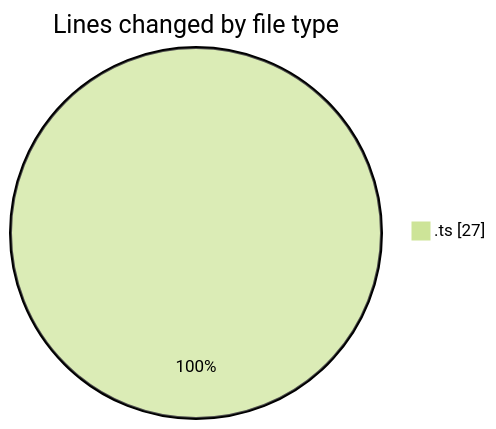
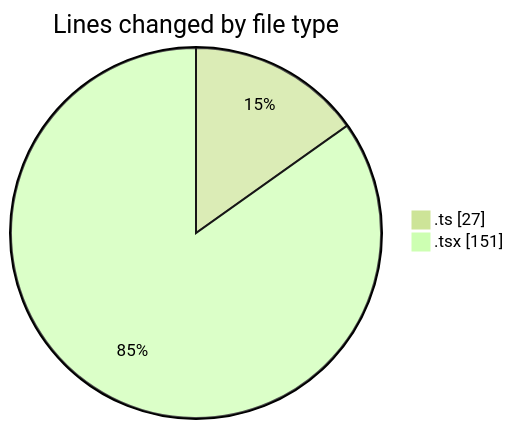
One commit to nxtqubesakshisongat/code-tracking changed the first of 2 diagrams in 2026-02-16/nxtqube_webapp/README.md. Above: the diagram before and after it, drawn with Mermaid (forest theme). The commit also changed other lines of this file and 1 other file, not shown here.

````diff
--- a/2026-02-16/nxtqube_webapp/README.md
+++ b/2026-02-16/nxtqube_webapp/README.md
@@ -20,5 +21,6 @@
 ```mermaid
 pie showData
 title Lines changed by file type
 ".ts" : 27
+".tsx" : 151
 ```
````
